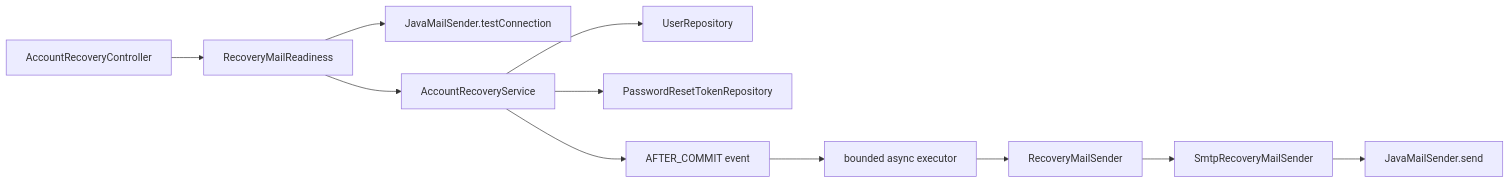
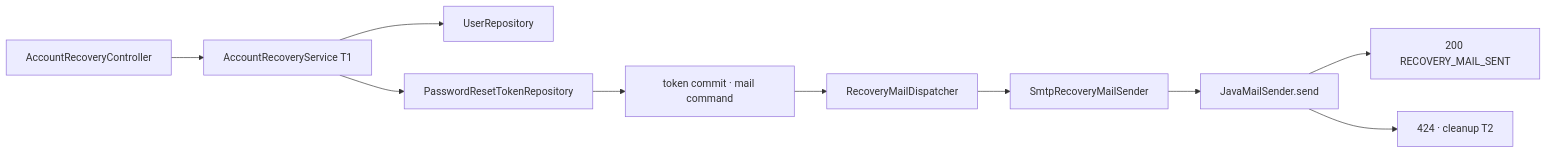
The second of 2 diagrams in docs/theory.md (stdiodh/spring-boot-db-access-lab), drawn with Mermaid before and after one commit. The commit also changed other lines of this file and 30 other files, not shown here.

First line of the commit message:
fix(recovery): SMTP 결과 계약 반영

````diff
--- a/docs/theory.md
+++ b/docs/theory.md
@@ -124,13 +119,12 @@
 ```mermaid
 flowchart LR
-    A["AccountRecoveryController"] --> P["RecoveryMailReadiness"]
-    P --> Q["JavaMailSender.testConnection"]
-    P --> B["AccountRecoveryService"]
+    A["AccountRecoveryController"] --> B["AccountRecoveryService T1"]
     B --> C["UserRepository"]
     B --> D["PasswordResetTokenRepository"]
-    B --> E["AFTER_COMMIT event"]
-    E --> F["bounded async executor"]
-    F --> G["RecoveryMailSender"]
-    G --> H["SmtpRecoveryMailSender"]
-    H --> I["JavaMailSender.send"]
+    D --> E["token commit · mail command"]
+    E --> F["RecoveryMailDispatcher"]
+    F --> G["SmtpRecoveryMailSender"]
+    G --> H["JavaMailSender.send"]
+    H --> I["200 RECOVERY_MAIL_SENT"]
+    H --> J["424 · cleanup T2"]
 ```
````
